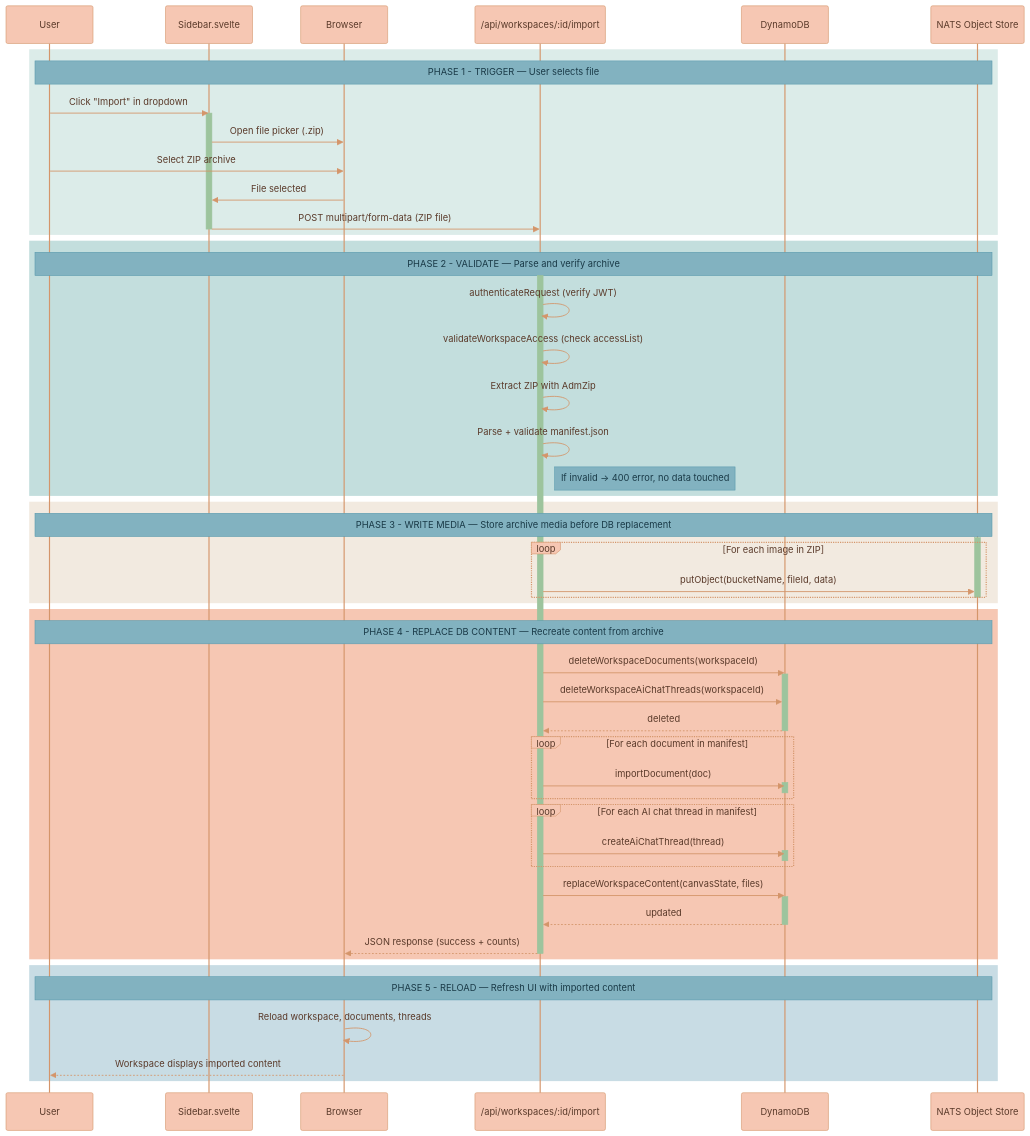
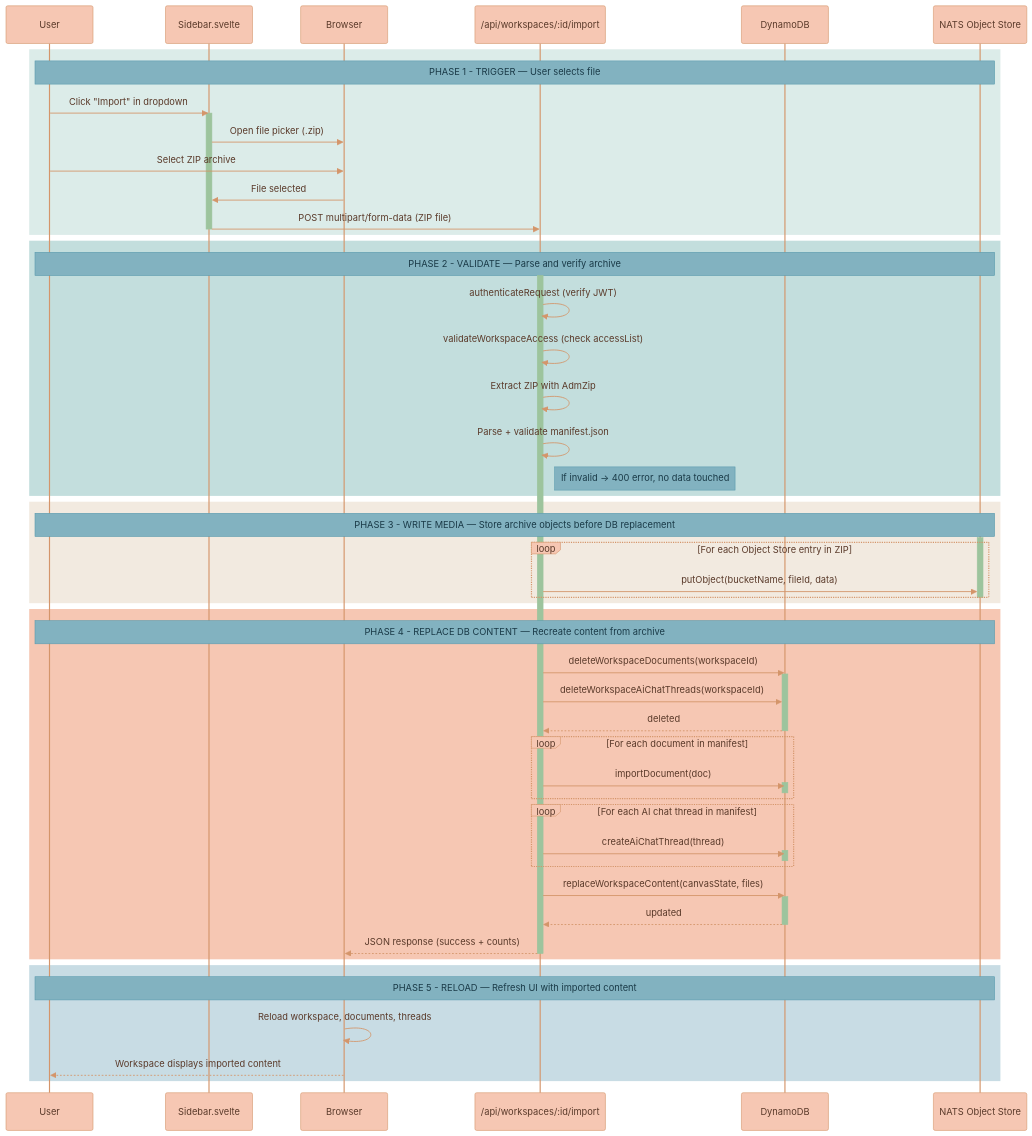
The second of 2 diagrams in documentation/library/WORKSPACE-EXPORT-IMPORT.md (Lixpi/lixpi), drawn with Mermaid before and after one commit. The commit also changed other lines of this file and 15 other files, not shown here.

```diff
--- a/documentation/library/WORKSPACE-EXPORT-IMPORT.md
+++ b/documentation/library/WORKSPACE-EXPORT-IMPORT.md
@@ -215,9 +228,9 @@
     %% PHASE 3: WRITE MEDIA
     %% ═══════════════════════════════════════════════════════════════
     rect rgb(242, 234, 224)
-        Note over User, ObjStore: PHASE 3 - WRITE MEDIA — Store archive media before DB replacement
+        Note over User, ObjStore: PHASE 3 - WRITE MEDIA — Store archive objects before DB replacement
         activate ObjStore
-        loop For each image in ZIP
+        loop For each Object Store entry in ZIP
             API->>ObjStore: putObject(bucketName, fileId, data)
         end
         deactivate ObjStore
```
